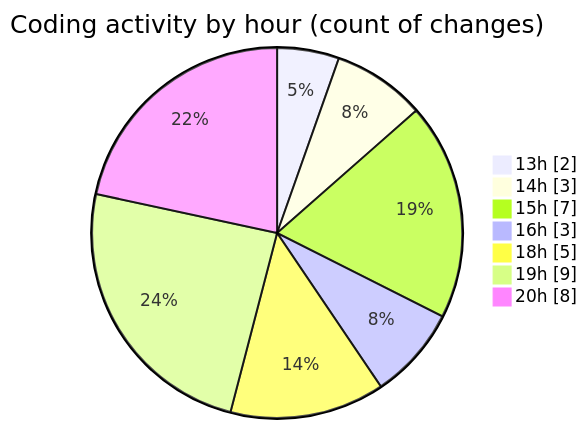
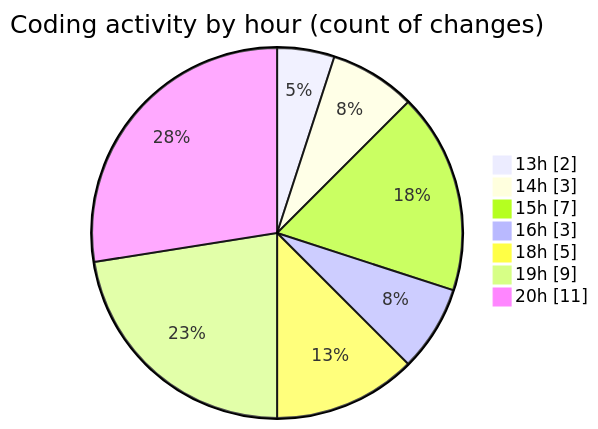
Before and after one commit to julien-gomy/code-tracking: the second of 2 diagrams in 2025-11-14/cdp_aleoudev_fr__workspace_/README.md, drawn with Mermaid. The commit also changed other lines of this file and 1 other file, not shown here.

````diff
--- a/2025-11-14/cdp_aleoudev_fr__workspace_/README.md
+++ b/2025-11-14/cdp_aleoudev_fr__workspace_/README.md
@@ -41,11 +41,11 @@
 ```mermaid
 pie showData
 title Coding activity by hour (count of changes)
 "13h" : 2
 "14h" : 3
 "15h" : 7
 "16h" : 3
 "18h" : 5
 "19h" : 9
-"20h" : 8
+"20h" : 11
 ```
````
